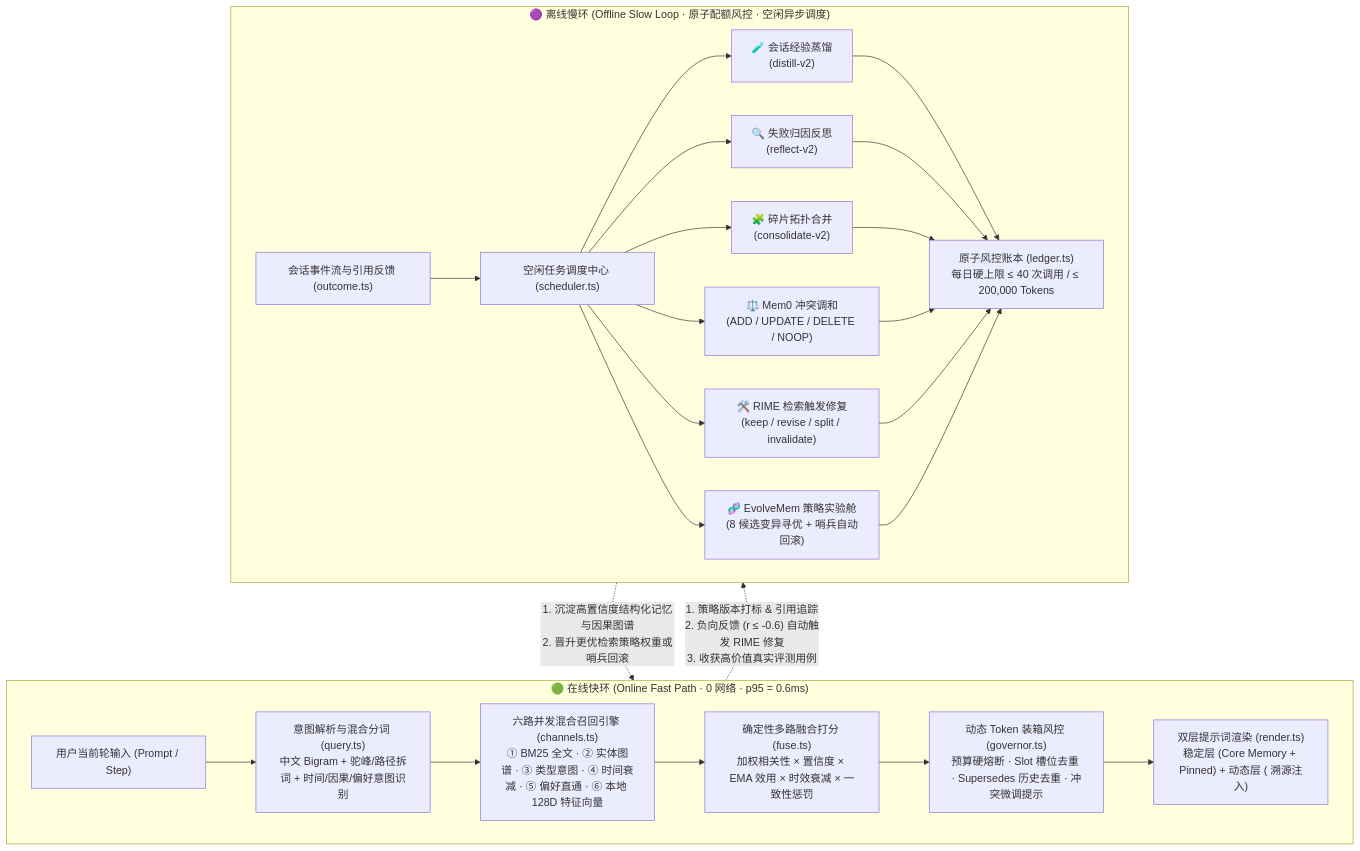
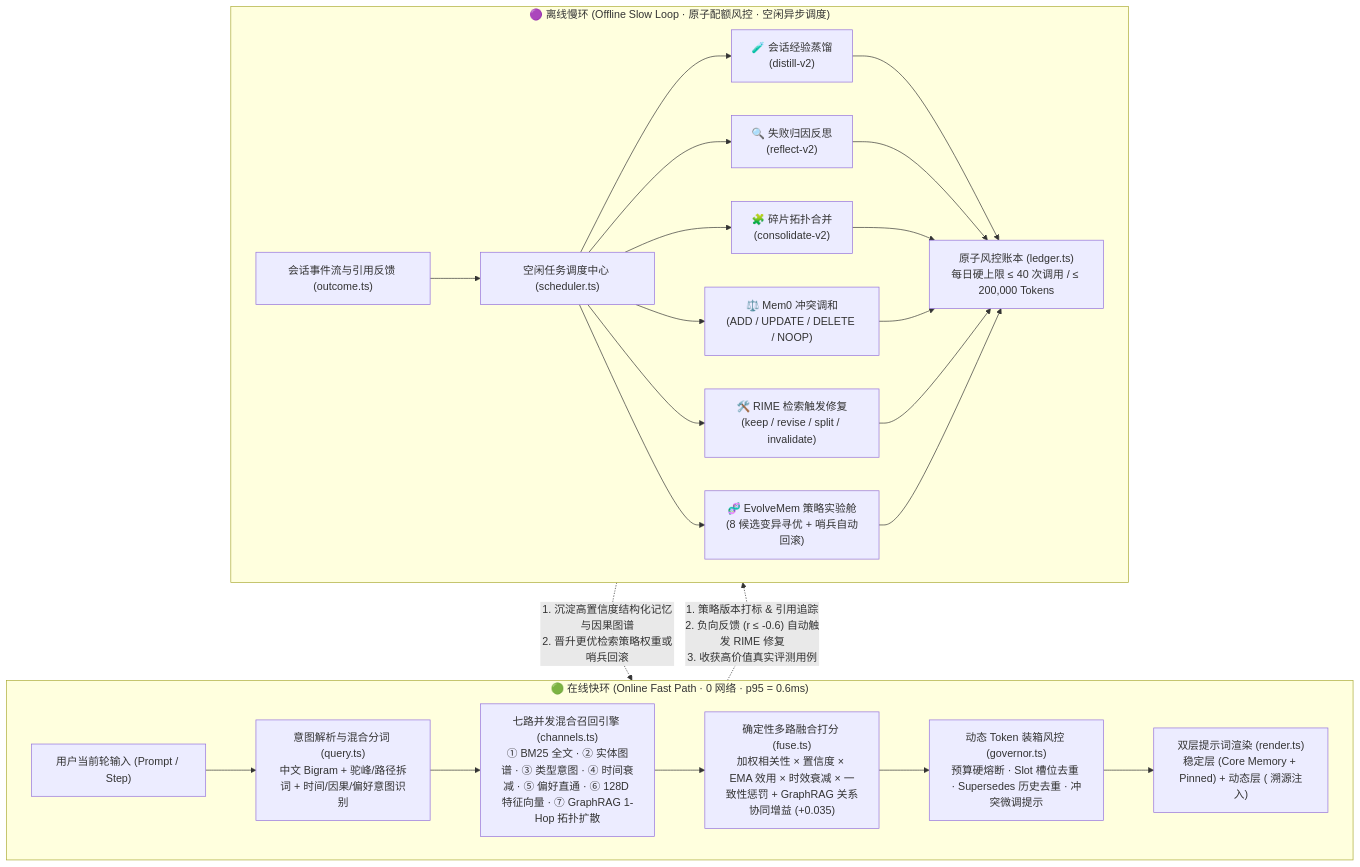
The diagram in README.md (ROSESSSSS66/dsh-memory), drawn with Mermaid before and after one commit. The commit also changed other lines of this file and 22 other files, not shown here.

First line of the commit message:
feat(v0.3.0): GraphRAG 1-hop associative recall, vector LRU fallback, memory doctor auto-heal & HMR toast fix (#8)

````diff
--- a/README.md
+++ b/README.md
@@ -86,24 +86,24 @@
 ```mermaid
 flowchart TD
     subgraph Online ["🟢 在线快环 (Online Fast Path · 0 网络 · p95 = 0.6ms)"]
         A["用户当前轮输入 (Prompt / Step)"] --> B["意图解析与混合分词 (query.ts)\n中文 Bigram + 驼峰/路径拆词 + 时间/因果/偏好意图识别"]
-        B --> C["六路并发混合召回引擎 (channels.ts)\n① BM25 全文 · ② 实体图谱 · ③ 类型意图 · ④ 时间衰减 · ⑤ 偏好直通 · ⑥ 本地 128D 特征向量"]
-        C --> D["确定性多路融合打分 (fuse.ts)\n加权相关性 × 置信度 × EMA 效用 × 时效衰减 × 一致性惩罚"]
+        B --> C["七路并发混合召回引擎 (channels.ts)\n① BM25 全文 · ② 实体图谱 · ③ 类型意图 · ④ 时间衰减 · ⑤ 偏好直通 · ⑥ 128D 特征向量 · ⑦ GraphRAG 1-Hop 拓扑扩散"]
+        C --> D["确定性多路融合打分 (fuse.ts)\n加权相关性 × 置信度 × EMA 效用 × 时效衰减 × 一致性惩罚 + GraphRAG 关系协同增益 (+0.035)"]
         D --> E["动态 Token 装箱风控 (governor.ts)\n预算硬熔断 · Slot 槽位去重 · Supersedes 历史去重 · 冲突微调提示"]
         E --> F["双层提示词渲染 (render.ts)\n稳定层 (Core Memory + Pinned) + 动态层 (<dsh_memory> 溯源注入)"]
     end
 
     subgraph Offline ["🟣 离线慢环 (Offline Slow Loop · 原子配额风控 · 空闲异步调度)"]
         G["会话事件流与引用反馈 (outcome.ts)"] --> H["空闲任务调度中心 (scheduler.ts)"]
         H --> I["🧪 会话经验蒸馏\n(distill-v2)"]
         H --> J["🔍 失败归因反思\n(reflect-v2)"]
         H --> K["🧩 碎片拓扑合并\n(consolidate-v2)"]
         H --> L["⚖️ Mem0 冲突调和\n(ADD / UPDATE / DELETE / NOOP)"]
         H --> M["🛠️ RIME 检索触发修复\n(keep / revise / split / invalidate)"]
         H --> N["🧬 EvolveMem 策略实验舱\n(8 候选变异寻优 + 哨兵自动回滚)"]
         I & J & K & L & M & N --> O["原子风控账本 (ledger.ts)\n每日硬上限 ≤ 40 次调用 / ≤ 200,000 Tokens"]
     end
 
     Online -. "1. 策略版本打标 & 引用追踪\n2. 负向反馈 (r ≤ -0.6) 自动触发 RIME 修复\n3. 收获高价值真实评测用例" .-> Offline
     Offline -. "1. 沉淀高置信度结构化记忆与因果图谱\n2. 晋升更优检索策略权重或哨兵回滚" .-> Online
 ```
````
